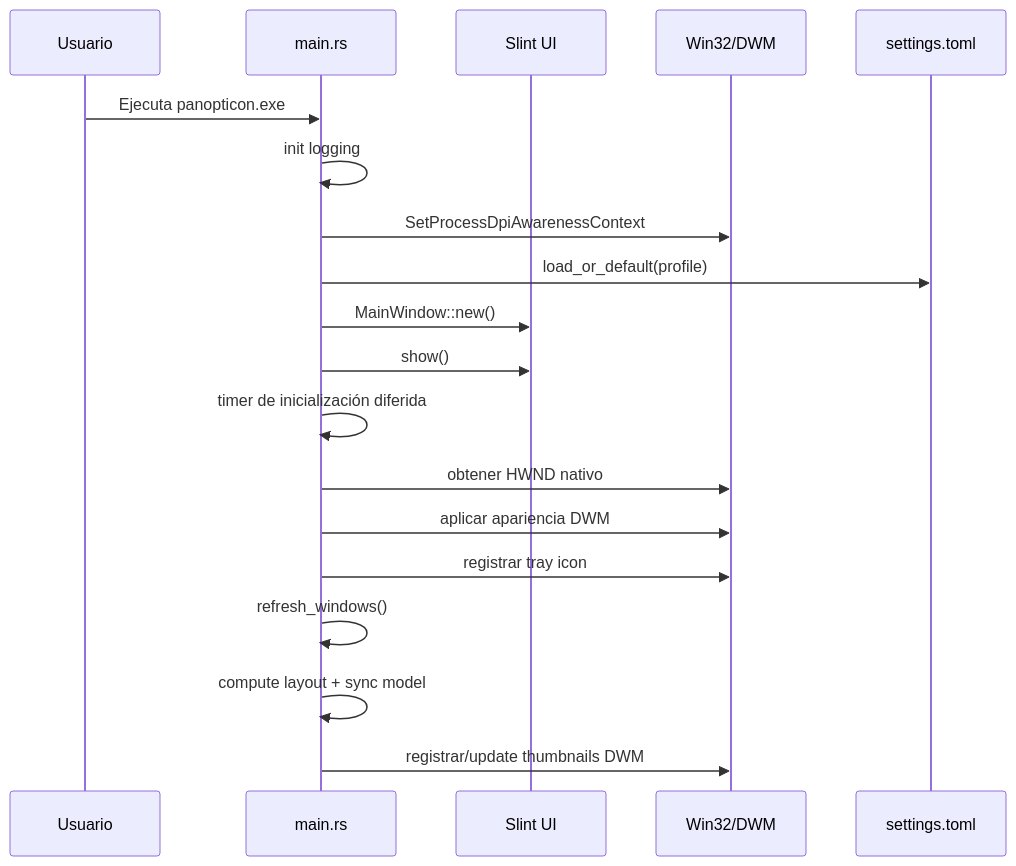
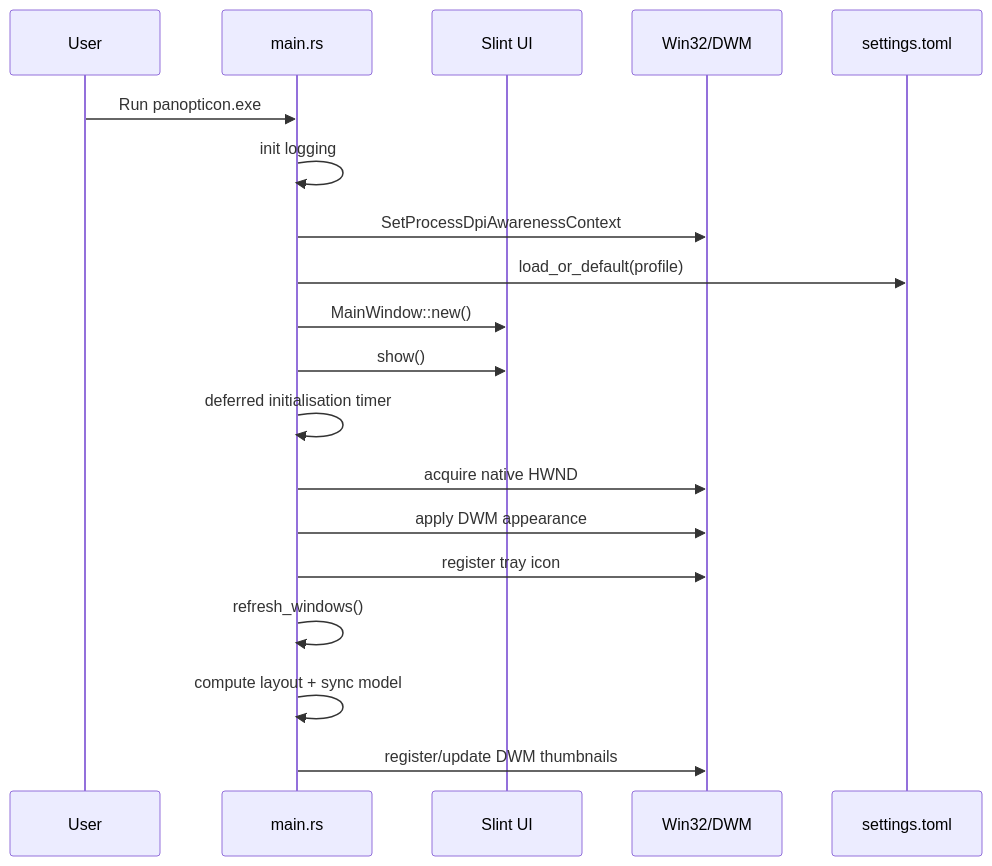
One commit to gvastethecreator/panopticon changed the second of 2 diagrams in docs/ARCHITECTURE.md. Above: the diagram before and after it, drawn with Mermaid. The commit also changed other lines of this file and 35 other files, not shown here.

````diff
--- a/docs/ARCHITECTURE.md
+++ b/docs/ARCHITECTURE.md
@@ -36,22 +36,22 @@
 ```mermaid
 sequenceDiagram
-    participant User as Usuario
+    participant User
     participant Main as main.rs
     participant Slint as Slint UI
     participant Win32 as Win32/DWM
     participant Settings as settings.toml
 
-    User->>Main: Ejecuta panopticon.exe
+    User->>Main: Run panopticon.exe
     Main->>Main: init logging
     Main->>Win32: SetProcessDpiAwarenessContext
     Main->>Settings: load_or_default(profile)
     Main->>Slint: MainWindow::new()
     Main->>Slint: show()
-    Main->>Main: timer de inicialización diferida
-    Main->>Win32: obtener HWND nativo
-    Main->>Win32: aplicar apariencia DWM
-    Main->>Win32: registrar tray icon
+    Main->>Main: deferred initialisation timer
+    Main->>Win32: acquire native HWND
+    Main->>Win32: apply DWM appearance
+    Main->>Win32: register tray icon
     Main->>Main: refresh_windows()
     Main->>Main: compute layout + sync model
-    Main->>Win32: registrar/update thumbnails DWM
+    Main->>Win32: register/update DWM thumbnails
 ```
````
